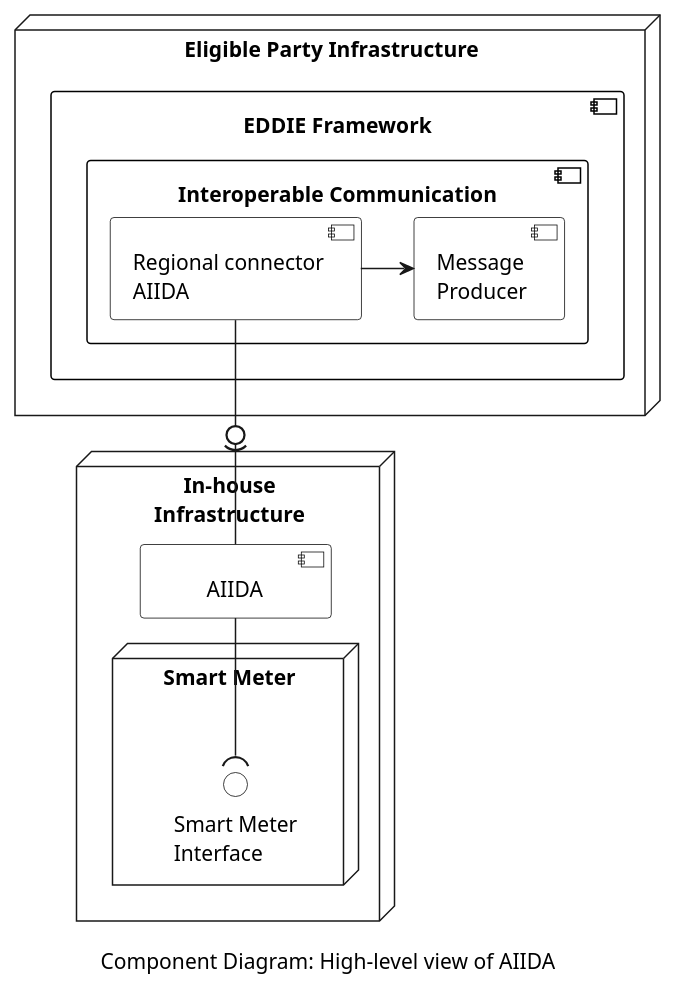
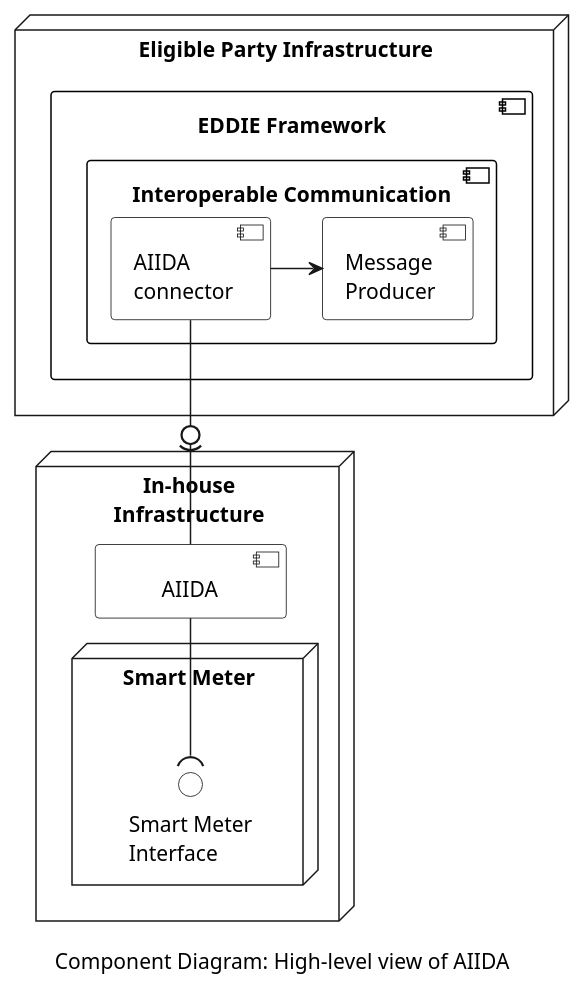
The diagram in arc42/05-building-block-view/components/aiida/figures/aiida-high-level.puml (eddie-energy/architecture), drawn with PlantUML before and after one commit. The commit also changed 38 other files, not shown here.

```diff
--- a/arc42/05-building-block-view/components/aiida/figures/aiida-high-level.puml
+++ b/arc42/05-building-block-view/components/aiida/figures/aiida-high-level.puml
@@ -1,49 +1,49 @@
 @startuml aiida-high-level
 'component diagram
 caption Component Diagram: High-level view of AIIDA
 
 skinparam linetype ortho
 skinparam interface {
   backgroundColor transparent
   borderColor black
 }
 skinparam component{
   BorderColor black
   BackgroundColor transparent
 }
 skinparam actor{
   BorderColor black
   BackgroundColor transparent
 }
 skinparam database{
   BorderColor black
   BackgroundColor transparent
 }
 skinparam rectangle{
   BorderColor transparent
   BackgroundColor transparent
   FontColor transparent
 }
 
 node "Eligible Party Infrastructure"  as epInfra{
   component "EDDIE Framework" {    
     component "Interoperable Communication" as comm {
-      component "Regional connector\nAIIDA" as regionalConnectorAIIDA
+      component "AIIDA\nconnector" as regionalConnectorAIIDA
       component "Message\nProducer" as messageProducer
     
       regionalConnectorAIIDA -> messageProducer
     }
   }
 }
 node "In-house\nInfrastructure" {
   component "\tAIIDA\t" as aiida
   node "Smart Meter" as meter {
       interface "Smart Meter\nInterface" as p1
   }
   aiida -down-( p1 
 }
 ' actor "Consumer" as consumer
 ' consumer -down- aiida
 aiida -up(0- regionalConnectorAIIDA
 
 @enduml
```
